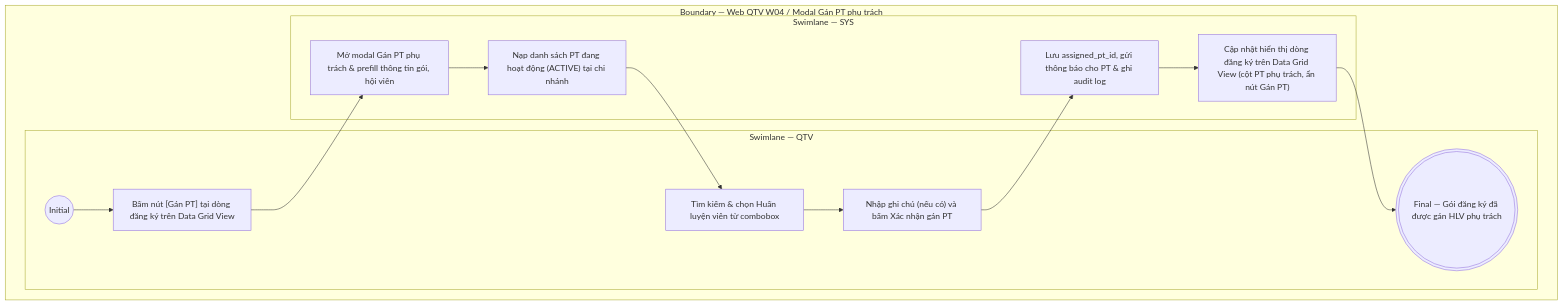
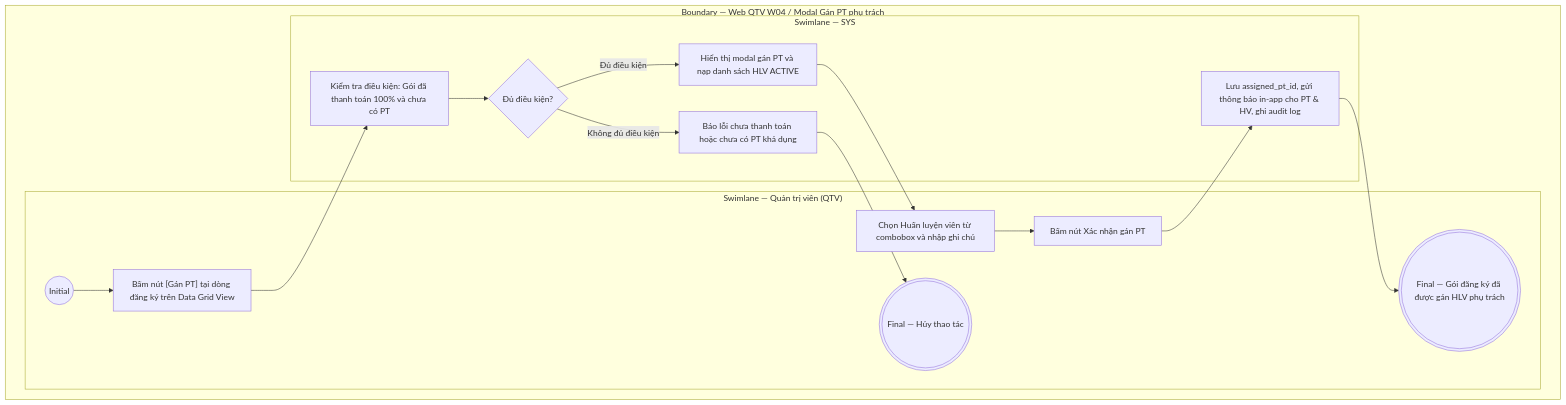
The diagram in docs/user-stories/qtv/QTV-W04-Đăng ký & gia hạn/QTV-W04-US05-Gán PT phụ trách cho gói đăng ký.md (ThachY-23120411/Paradise-Gym-v2), drawn with Mermaid before and after one commit. The commit also changed other lines of this file and 294 other files, not shown here.

````diff
--- a/docs/user-stories/qtv/QTV-W04-Đăng ký & gia hạn/QTV-W04-US05-Gán PT phụ trách cho gói đăng ký.md
+++ b/docs/user-stories/qtv/QTV-W04-Đăng ký & gia hạn/QTV-W04-US05-Gán PT phụ trách cho gói đăng ký.md
@@ -52,21 +47,26 @@
 ```mermaid
 flowchart TB
   subgraph B["Boundary — Web QTV W04 / Modal Gán PT phụ trách"]
-    subgraph L0["Swimlane — QTV"]
+    subgraph L0["Swimlane — Quản trị viên (QTV)"]
       I01(("Initial"))
       A01["Bấm nút [Gán PT] tại dòng đăng ký trên Data Grid View"]
-      A02["Tìm kiếm & chọn Huấn luyện viên từ combobox"]
-      A03["Nhập ghi chú (nếu có) và bấm Xác nhận gán PT"]
+      A02["Chọn Huấn luyện viên từ combobox và nhập ghi chú"]
+      A03["Bấm nút Xác nhận gán PT"]
       F01((("Final — Gói đăng ký đã được gán HLV phụ trách")))
+      F02((("Final — Hủy thao tác")))
+    end
+
+    subgraph L1["Swimlane — SYS"]
+      S01["Kiểm tra điều kiện: Gói đã thanh toán 100% và chưa có PT"]
+      D01{"Đủ điều kiện?"}
+      S02["Hiển thị modal gán PT và nạp danh sách HLV ACTIVE"]
+      S03["Lưu assigned_pt_id, gửi thông báo in-app cho PT & HV, ghi audit log"]
+      S04["Báo lỗi chưa thanh toán hoặc chưa có PT khả dụng"]
+
       I01 --> A01
-    end
-    subgraph L1["Swimlane — SYS"]
-      S01["Mở modal Gán PT phụ trách & prefill thông tin gói, hội viên"]
-      S02["Nạp danh sách PT đang hoạt động (ACTIVE) tại chi nhánh"]
-      S03["Lưu assigned_pt_id, gửi thông báo cho PT & ghi audit log"]
-      S04["Cập nhật hiển thị dòng đăng ký trên Data Grid View (cột PT phụ trách, ẩn nút Gán PT)"]
-      
-      A01 --> S01 --> S02 --> A02 --> A03 --> S03 --> S04 --> F01
+      A01 --> S01 --> D01
+      D01 -->|Đủ điều kiện| S02 --> A02 --> A03 --> S03 --> F01
+      D01 -->|Không đủ điều kiện| S04 --> F02
     end
   end
 ```
````
